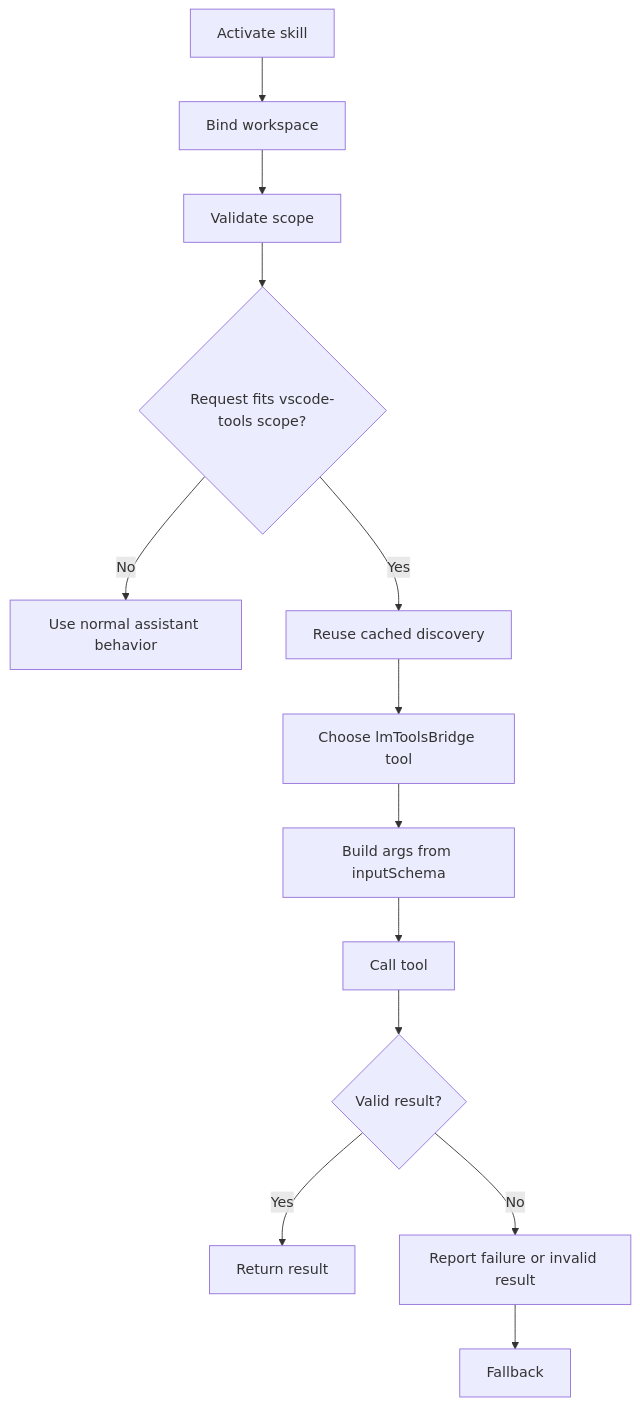
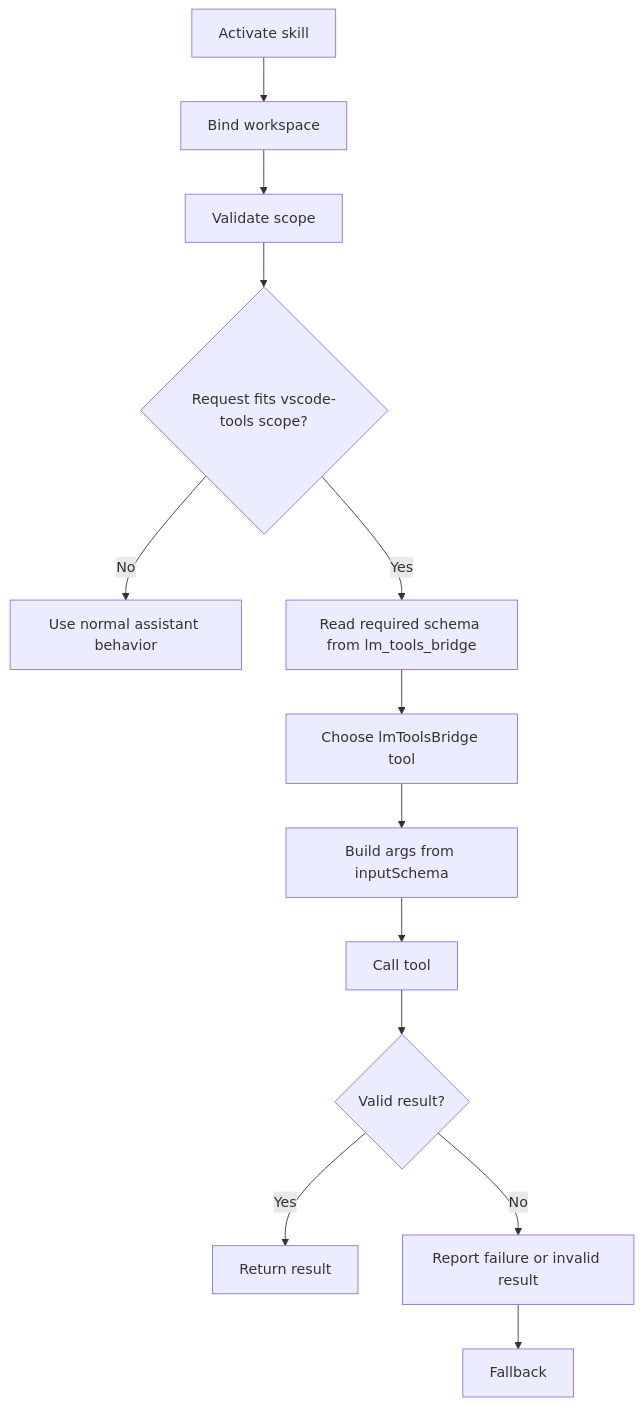
Before and after one commit to jiangxiaoxu/lm-tools-bridge: the diagram in skills/vscode-tools/SKILL.md, drawn with Mermaid. The commit also changed other lines of this file, not shown here.

````diff
--- a/skills/vscode-tools/SKILL.md
+++ b/skills/vscode-tools/SKILL.md
@@ -19,15 +21,15 @@
 ```mermaid
 flowchart TD
     A[Activate skill] --> B[Bind workspace]
     B --> C[Validate scope]
     C --> D{Request fits vscode-tools scope?}
     D -- No --> E[Use normal assistant behavior]
-    D -- Yes --> F[Reuse cached discovery]
+    D -- Yes --> F[Read required schema from lm_tools_bridge]
     F --> G[Choose lmToolsBridge tool]
     G --> H[Build args from inputSchema]
     H --> I[Call tool]
     I --> J{Valid result?}
     J -- Yes --> K[Return result]
     J -- No --> L[Report failure or invalid result]
     L --> M[Fallback]
 ```
````
